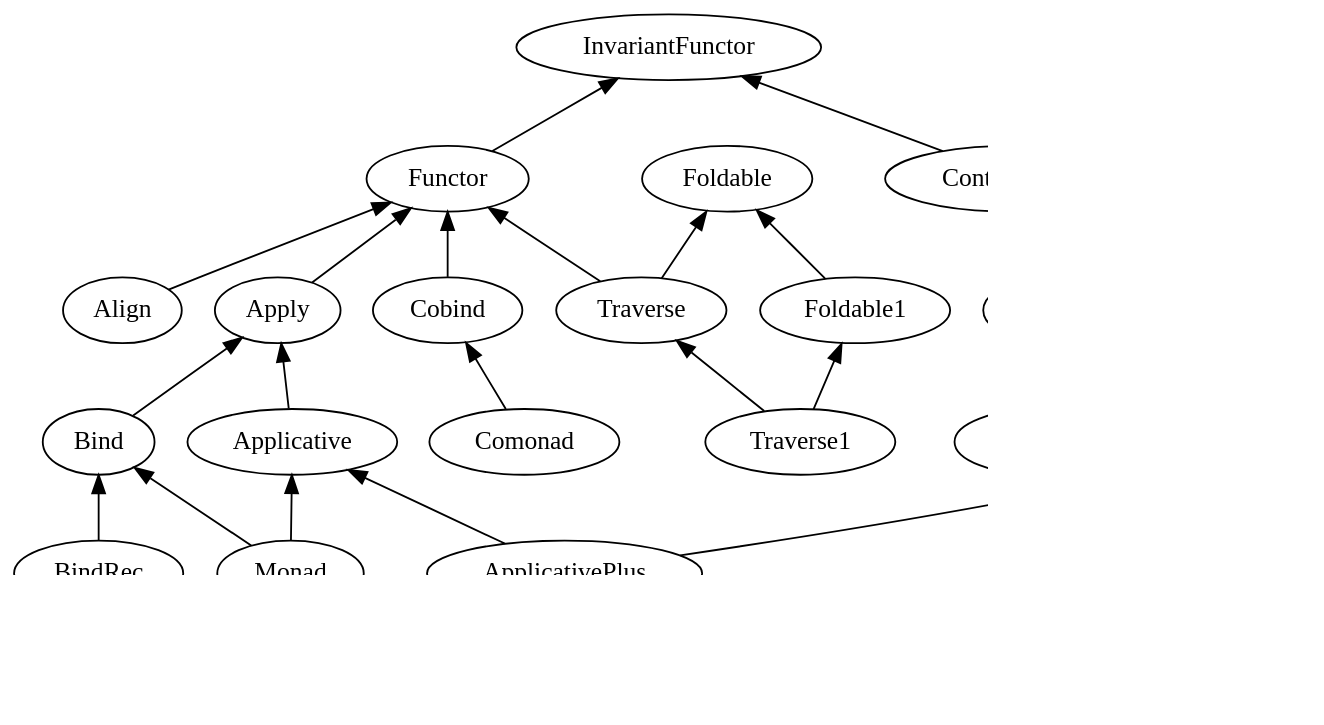
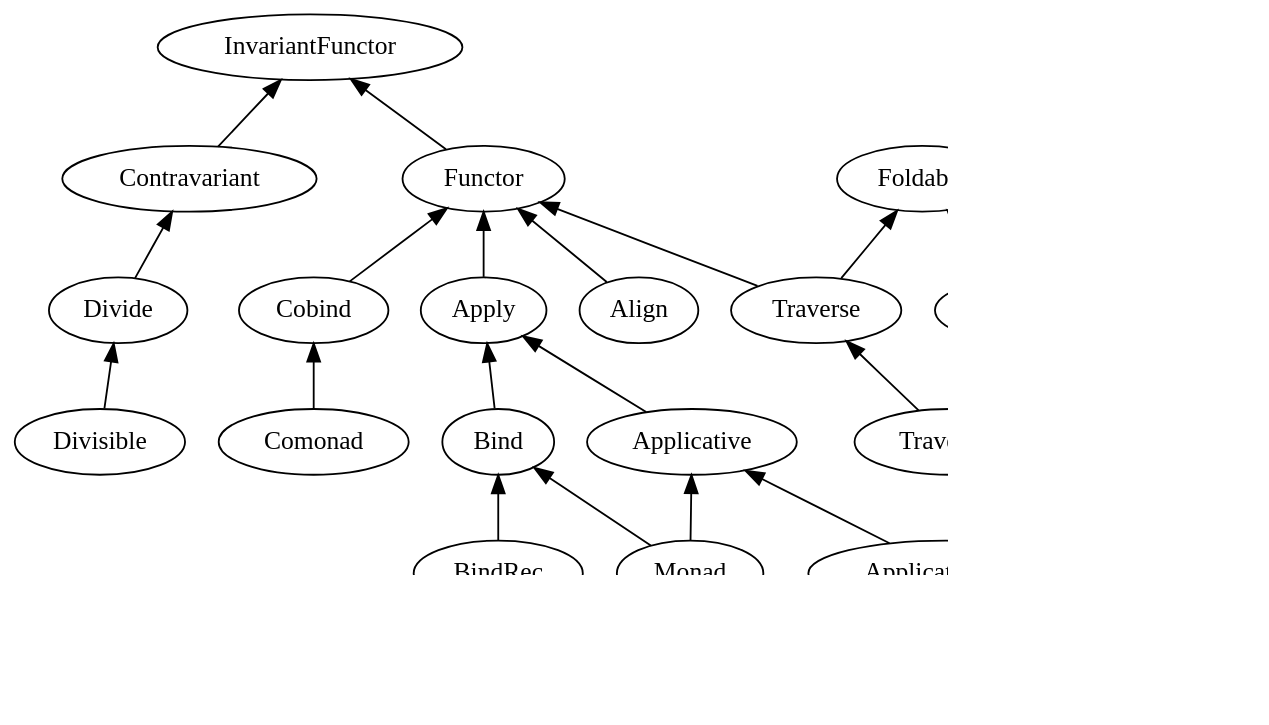
One commit to fommil/fpmortals changed the second of 17 diagrams in manuscript/book.org. Above: the diagram before and after it, drawn with Graphviz. The commit also changed other lines of this file and 10 other files, not shown here.

```diff
--- a/manuscript/book.org
+++ b/manuscript/book.org
@@ -3044,43 +3044,69 @@
 #+BEGIN_SRC dot :file images/scalaz-core-tree.png :exports results
 digraph G {
     graph [dpi=100, rankdir=BT];
     node [fontname=Hack];
+
+    Cobind;
+    Comonad;
+    Bind;
+    BindRec;
+    Contravariant;
+    Functor;
+    InvariantFunctor;
+    Functor;
+    Divide;
+    Divisible;
+    Apply;
+    Align;
+    Applicative;
+    Foldable1;
+    Foldable;
+    Traverse;
+    Traverse1;
+    Monad;
+    "Advanced Monads" [style=dashed];
+    Plus;
+    PlusEmpty;
+    IsEmpty;
+    ApplicativePlus;
+    MonadPlus;
+
+    Cobind -> Functor;
+    Comonad -> Cobind;
 
     Bind -> Apply;
     BindRec -> Bind;
 
     Contravariant -> InvariantFunctor;
     Functor -> InvariantFunctor;
 
     Divide -> Contravariant;
     Divisible -> Divide;
     Apply -> Functor;
     Applicative -> Apply;
 
     Foldable1 -> Foldable;
     Traverse -> Functor;
     Traverse -> Foldable;
     Traverse1 -> Traverse;
     Traverse1 -> Foldable1;
 
+    Align -> Functor;
+
     Monad -> Applicative;
 
     "Advanced Monads" [style=dashed];
     "Advanced Monads" -> Monad;
 
     Monad -> Bind;
-
-    Cobind -> Functor;
-    Comonad -> Cobind;
 
     PlusEmpty -> Plus;
     IsEmpty -> PlusEmpty;
 
     ApplicativePlus -> Applicative;
     ApplicativePlus -> PlusEmpty;
     MonadPlus -> ApplicativePlus;
     MonadPlus -> Monad;
 
-    Align -> Functor;
 }
 #+END_SRC
```
